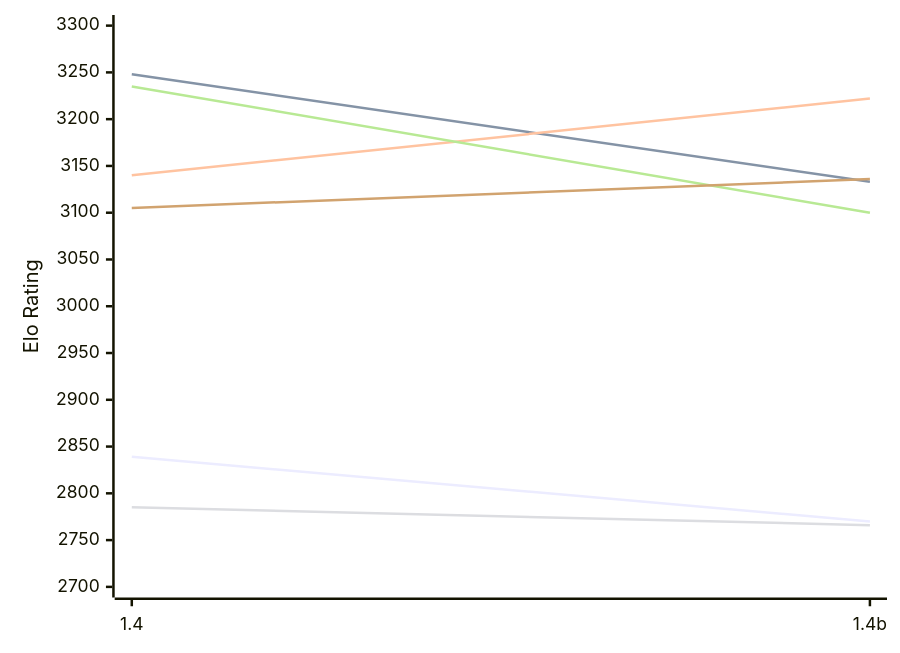
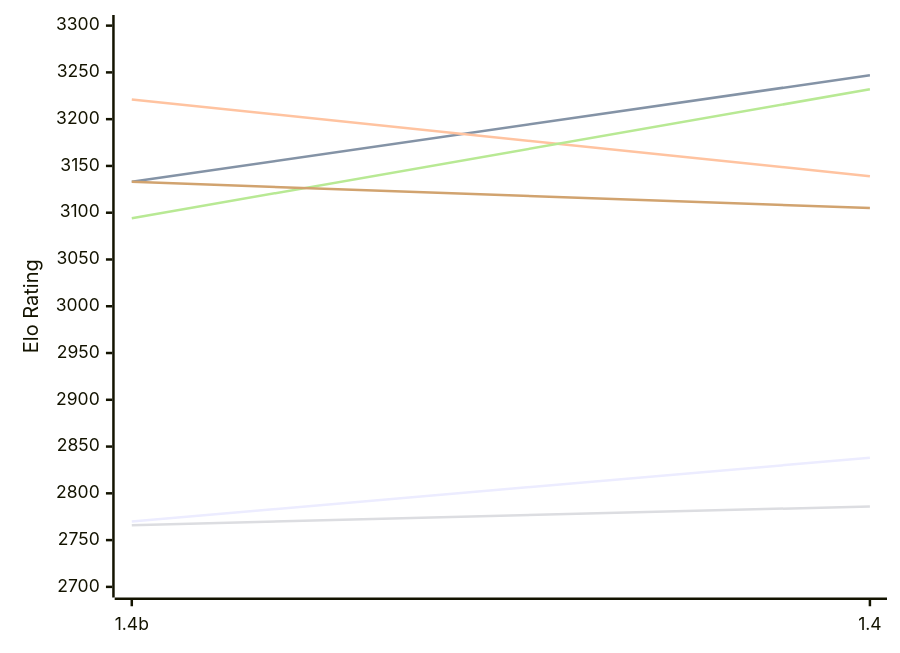
Before and after one commit to computer-chess-index/cci: the first of 2 diagrams in engines/Chessnix.md, drawn with Mermaid. The commit also changed other lines of this file, not shown here.

Commit message:
Update CCI Ratings (ELO VLTC) - 2026-11-19

````diff
--- a/engines/Chessnix.md
+++ b/engines/Chessnix.md
@@ -52,12 +52,12 @@
 ```mermaid
 %%{init: {"theme":"base","themeVariables":{"seriesColors:['#a3a3a3','#222221','#faa371']}}}%%
 xychart-beta
-  x-axis ["1.4", "1.4b"]
+  x-axis ["1.4b", "1.4"]
   y-axis "Elo Rating" 2700 --> 3300
-  line "E1: STC (8.0+0.08s)" [2839, 2770]
-  line "E1: LTC (60.0+0.60s)" [3248, 3133]
-  line "E1: VLTC (2m24s+1.12s)" [3140, 3222]
-  line "P1: STC (8.0+0.08s)" [2785, 2766]
-  line "P1: LTC (60.0+0.60s)" [3235, 3100]
-  line "P1: VLTC (2m24s+1.12s)" [3105, 3136]
+  line "E1: STC (8.0+0.08s)" [2770, 2838]
+  line "E1: LTC (60.0+0.60s)" [3133, 3247]
+  line "E1: VLTC (2m24s+1.12s)" [3221, 3139]
+  line "P1: STC (8.0+0.08s)" [2766, 2786]
+  line "P1: LTC (60.0+0.60s)" [3094, 3232]
+  line "P1: VLTC (2m24s+1.12s)" [3133, 3105]
 ```
````
